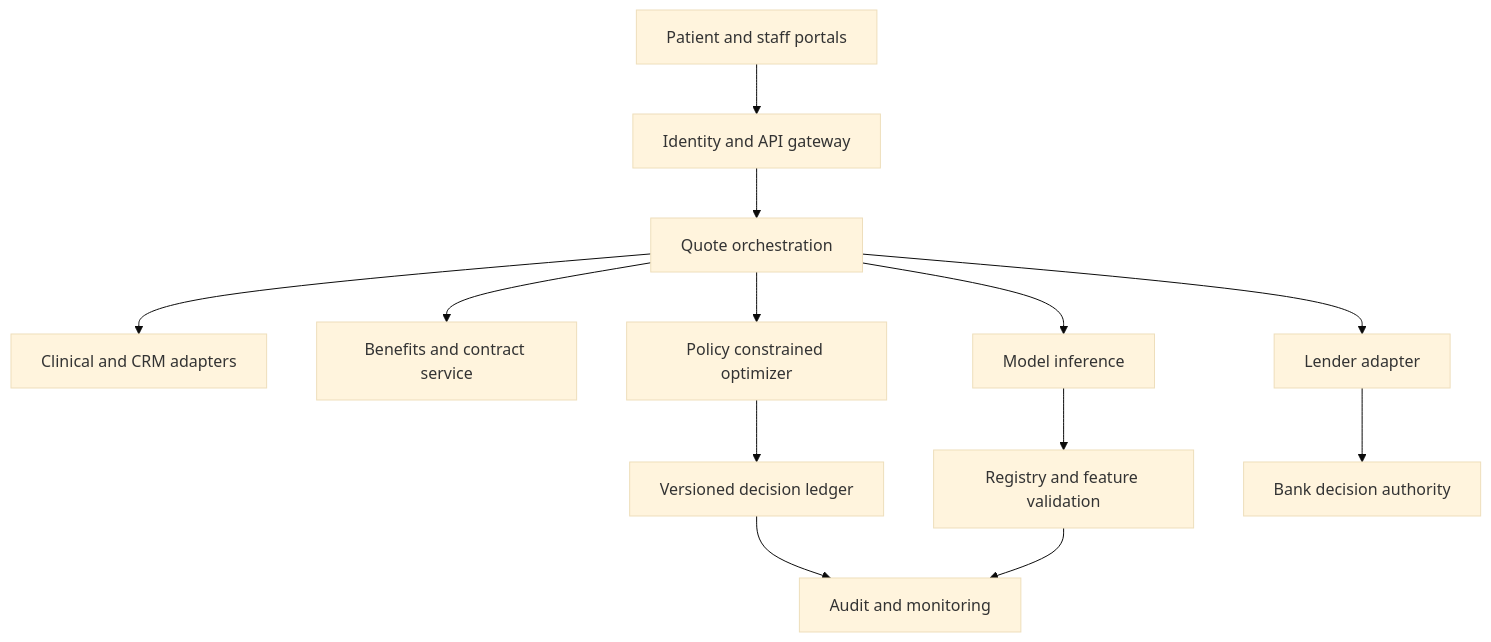
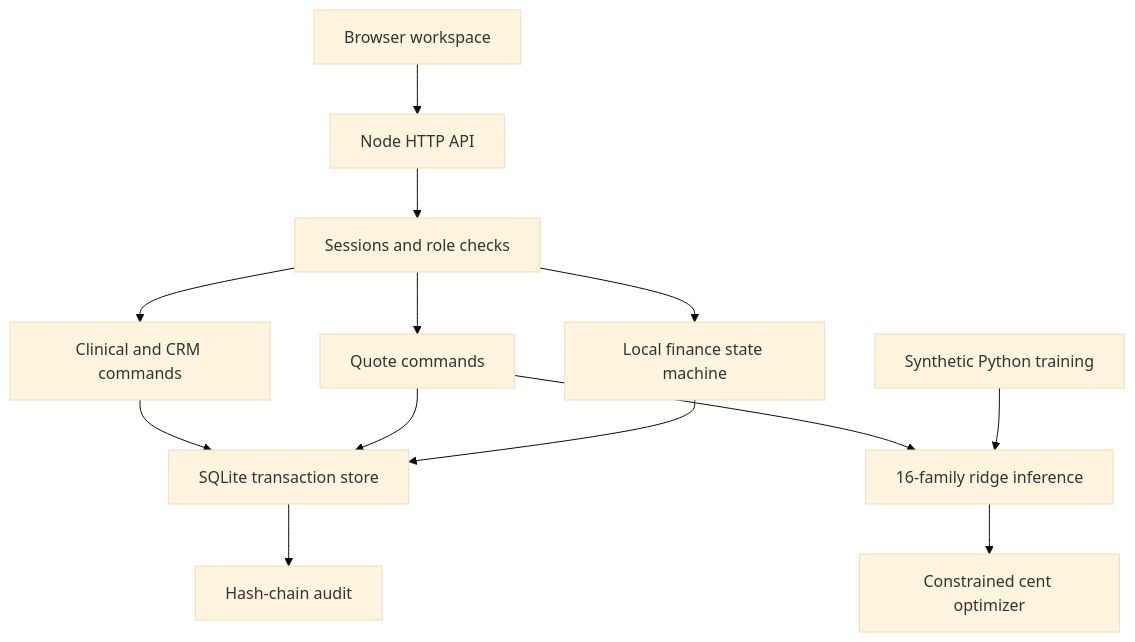
The diagram in docs/architecture/SOLUTION.md (anmensah44-spec/dental-pricing-ai-prototype), drawn with Mermaid (base theme) before and after one commit. The commit also changed other lines of this file and 47 other files, not shown here.

Commit message:
Deliver server-backed dental pricing application with CRM, clinical workflow, 16-family ML, persistent audit and full synthetic finance lifecycle

````diff
--- a/docs/architecture/SOLUTION.md
+++ b/docs/architecture/SOLUTION.md
@@ -23,15 +3,15 @@
 ```mermaid
 flowchart TD
- UI[Patient and staff portals] --> G[Identity and API gateway]
- G --> Q[Quote orchestration]
- Q --> C[Clinical and CRM adapters]
- Q --> B[Benefits and contract service]
- Q --> I[Model inference]
- I --> V[Registry and feature validation]
- Q --> O[Policy constrained optimizer]
- O --> D[Versioned decision ledger]
- Q --> L[Lender adapter]
- L --> X[Bank decision authority]
- D --> A[Audit and monitoring]
- V --> A
+ UI[Browser workspace] --> H[Node HTTP API]
+ H --> S[Sessions and role checks]
+ S --> C[Clinical and CRM commands]
+ S --> Q[Quote commands]
+ Q --> M[16-family ridge inference]
+ M --> O[Constrained cent optimizer]
+ S --> F[Local finance state machine]
+ C --> D[SQLite transaction store]
+ Q --> D
+ F --> D
+ D --> A[Hash-chain audit]
+ T[Synthetic Python training] --> M
 ```
````
